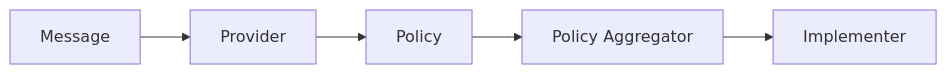
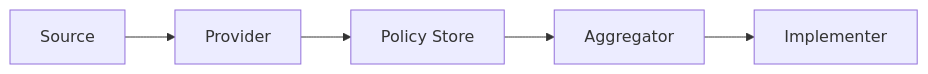
The diagram in src/OpenTelemetry.DynamicControl/README.md (open-telemetry/opentelemetry-dotnet-contrib), drawn with Mermaid before and after one commit. The commit also changed other lines of this file and 6 other files, not shown here.

````diff
--- a/src/OpenTelemetry.DynamicControl/README.md
+++ b/src/OpenTelemetry.DynamicControl/README.md
@@ -36,4 +33,4 @@
 ```mermaid
 flowchart LR
-    Message --> Provider --> Policy --> PolicyAggregator[Policy Aggregator] --> Implementer
+    Source --> Provider --> PolicyStore[Policy Store] --> Aggregator --> Implementer
 ```
````
